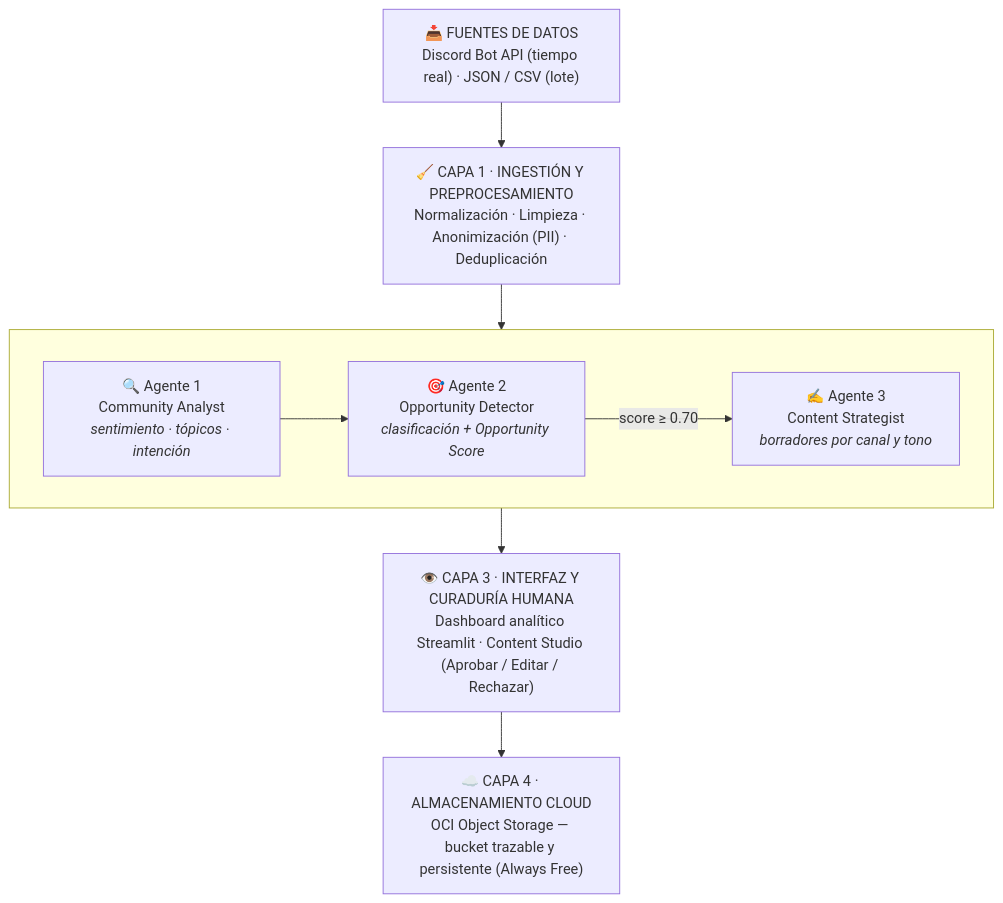
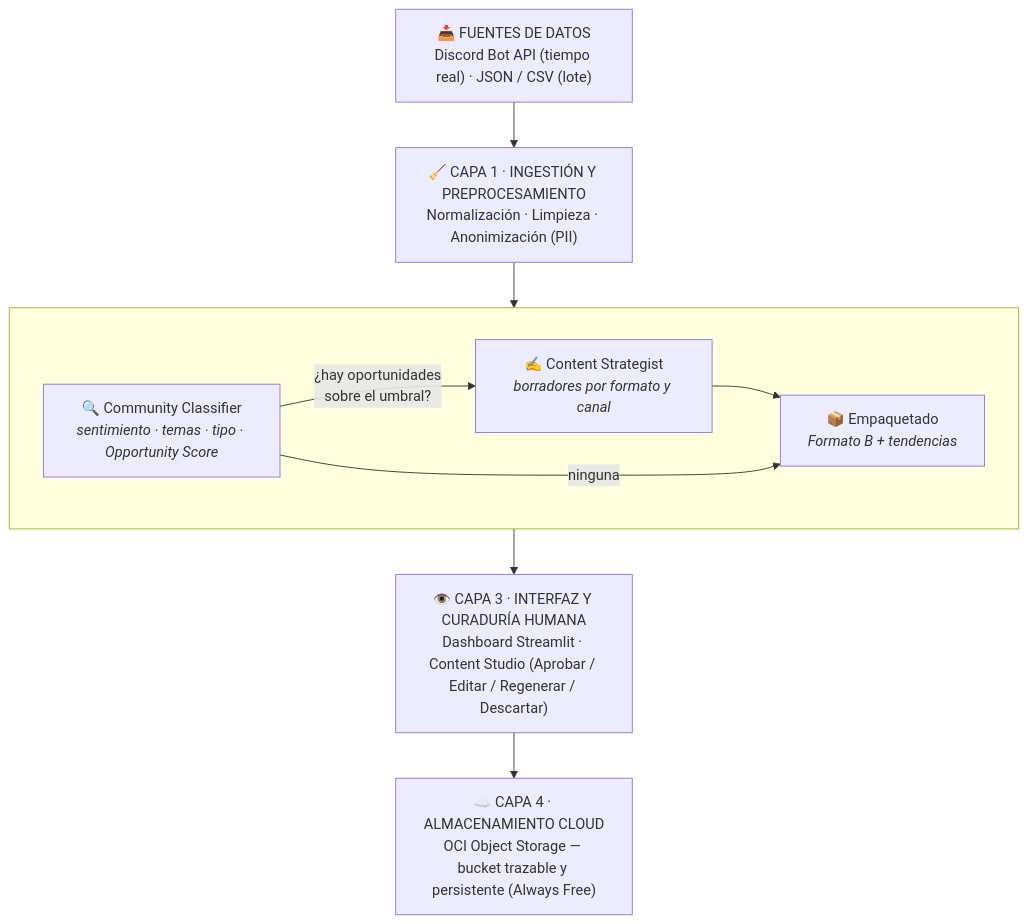
The diagram in README.md (No-Country-simulation/G10_LATAM_TEAM_26), drawn with Mermaid before and after one commit. The commit also changed other lines of this file and 23 other files, not shown here.

````diff
--- a/README.md
+++ b/README.md
@@ -105,13 +112,14 @@
 ```mermaid
 flowchart TD
     A["📥 FUENTES DE DATOS<br/>Discord Bot API (tiempo real) · JSON / CSV (lote)"] --> B
-    B["🧹 CAPA 1 · INGESTIÓN Y PREPROCESAMIENTO<br/>Normalización · Limpieza · Anonimización (PII) · Deduplicación"] --> C
-    C["🧠 CAPA 2 · ANÁLISIS LLM Y AGENTES ESPECIALIZADOS"] --> D
-    D["👁️ CAPA 3 · INTERFAZ Y CURADURÍA HUMANA<br/>Dashboard analítico Streamlit · Content Studio (Aprobar / Editar / Rechazar)"] --> E
+    B["🧹 CAPA 1 · INGESTIÓN Y PREPROCESAMIENTO<br/>Normalización · Limpieza · Anonimización (PII)"] --> C
+    C["🧠 CAPA 2 · MOTOR LANGGRAPH"] --> D
+    D["👁️ CAPA 3 · INTERFAZ Y CURADURÍA HUMANA<br/>Dashboard Streamlit · Content Studio (Aprobar / Editar / Regenerar / Descartar)"] --> E
     E["☁️ CAPA 4 · ALMACENAMIENTO CLOUD<br/>OCI Object Storage — bucket trazable y persistente (Always Free)"]
 
     subgraph C[" "]
-        C1["🔍 Agente 1<br/>Community Analyst<br/><i>sentimiento · tópicos · intención</i>"] --> C2["🎯 Agente 2<br/>Opportunity Detector<br/><i>clasificación + Opportunity Score</i>"]
-        C2 -->|"score ≥ 0.70"| C3["✍️ Agente 3<br/>Content Strategist<br/><i>borradores por canal y tono</i>"]
+        C1["🔍 Community Classifier<br/><i>sentimiento · temas · tipo · Opportunity Score</i>"] -->|"¿hay oportunidades<br/>sobre el umbral?"| C2["✍️ Content Strategist<br/><i>borradores por formato y canal</i>"]
+        C2 --> C3["📦 Empaquetado<br/><i>Formato B + tendencias</i>"]
+        C1 -->|"ninguna"| C3
     end
 ```
````
